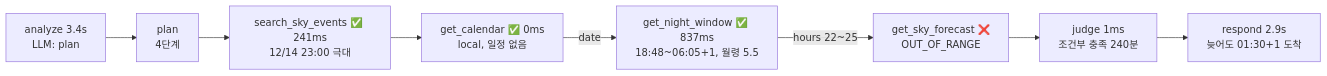
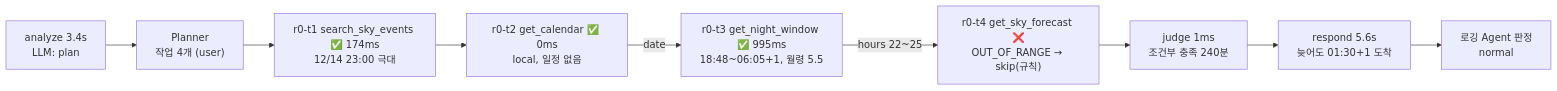
Before and after one commit to bnbong/Astrowatch: the first of 2 diagrams in docs/RUN_LOG_SAMPLE.md, drawn with Mermaid. The commit also changed other lines of this file and 91 other files, not shown here.

````diff
--- a/docs/RUN_LOG_SAMPLE.md
+++ b/docs/RUN_LOG_SAMPLE.md
@@ -50,10 +59,11 @@
 ```mermaid
 flowchart LR
-  A["analyze 3.4s<br/>LLM: plan"] --> P["plan<br/>4단계"]
-  P --> E1["search_sky_events ✅ 241ms<br/>12/14 23:00 극대"]
-  E1 --> C["get_calendar ✅ 0ms<br/>local, 일정 없음"]
-  C -->|date| E2["get_night_window ✅ 837ms<br/>18:48~06:05+1, 월령 5.5"]
-  E2 -->|hours 22~25| E3["get_sky_forecast ❌<br/>OUT_OF_RANGE"]
+  A["analyze 3.4s<br/>LLM: plan"] --> P["Planner<br/>작업 4개 (user)"]
+  P --> E1["r0-t1 search_sky_events ✅ 174ms<br/>12/14 23:00 극대"]
+  E1 --> C["r0-t2 get_calendar ✅ 0ms<br/>local, 일정 없음"]
+  C -->|date| E2["r0-t3 get_night_window ✅ 995ms<br/>18:48~06:05+1, 월령 5.5"]
+  E2 -->|hours 22~25| E3["r0-t4 get_sky_forecast ❌<br/>OUT_OF_RANGE → skip(규칙)"]
   E3 --> J["judge 1ms<br/>조건부 충족 240분"]
-  J --> R["respond 2.9s<br/>늦어도 01:30+1 도착"]
+  J --> R["respond 5.6s<br/>늦어도 01:30+1 도착"]
+  R --> AU["로깅 Agent 판정<br/>normal"]
 ```
````
